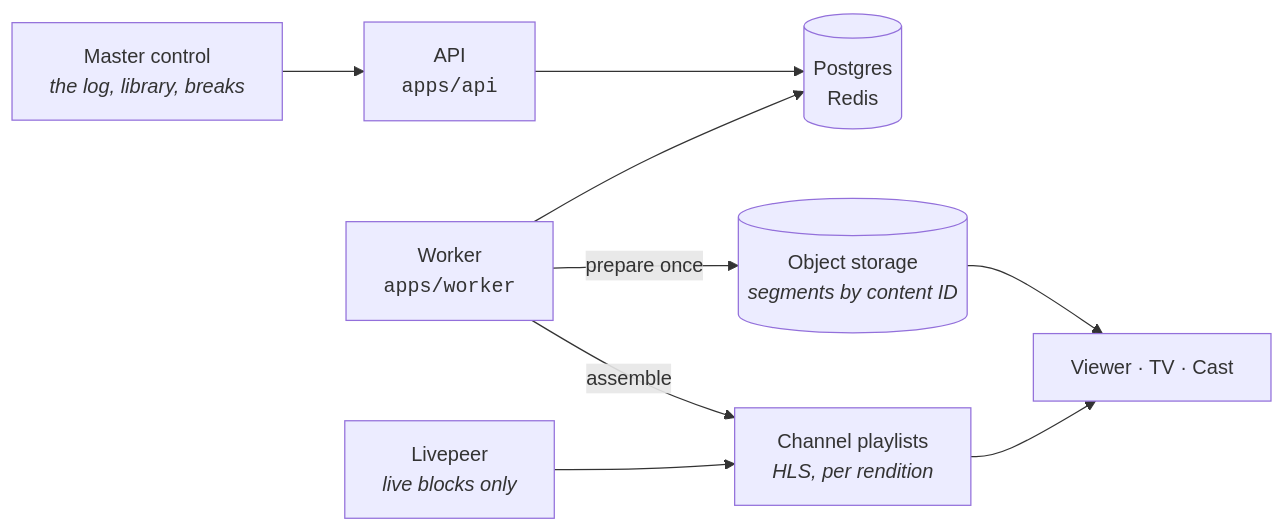
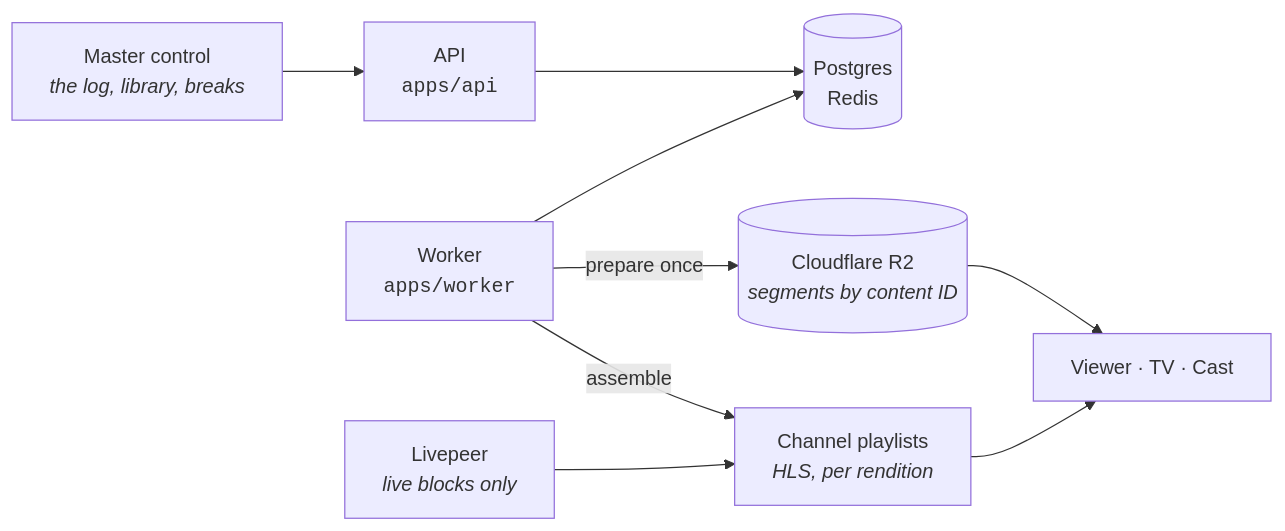
The first of 5 diagrams in README.md (KyngKai909/opencast), drawn with Mermaid before and after one commit. The commit also changed other lines of this file and 1 other file, not shown here.

Commit message:
README: the relay, R2, pay-as-you-go, watch data, today's endpoint count and docs, and a third diagram: how video gets in and out; uploads doc: staging is on R2

````diff
--- a/README.md
+++ b/README.md
@@ -31,11 +32,11 @@
 ```mermaid
 flowchart LR
   MC["Master control<br/><i>the log, library, breaks</i>"] --> API["API<br/><code>apps/api</code>"]
   API --> DB[("Postgres<br/>Redis")]
   W["Worker<br/><code>apps/worker</code>"] --> DB
-  W -->|"prepare once"| R2[("Object storage<br/><i>segments by content ID</i>")]
+  W -->|"prepare once"| R2[("Cloudflare R2<br/><i>segments by content ID</i>")]
   W -->|"assemble"| PL["Channel playlists<br/><i>HLS, per rendition</i>"]
   PL --> V["Viewer · TV · Cast"]
   R2 --> V
   LP["Livepeer<br/><i>live blocks only</i>"] --> PL
 ```
````
